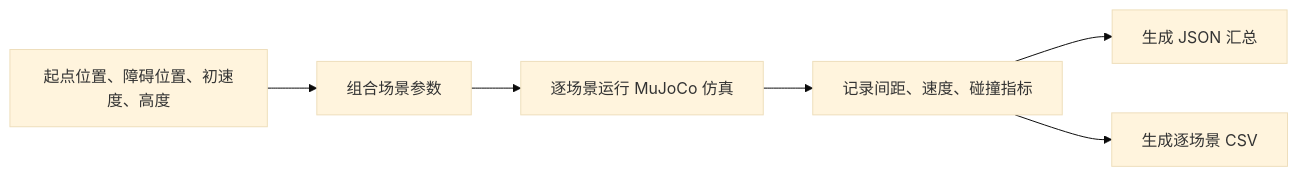
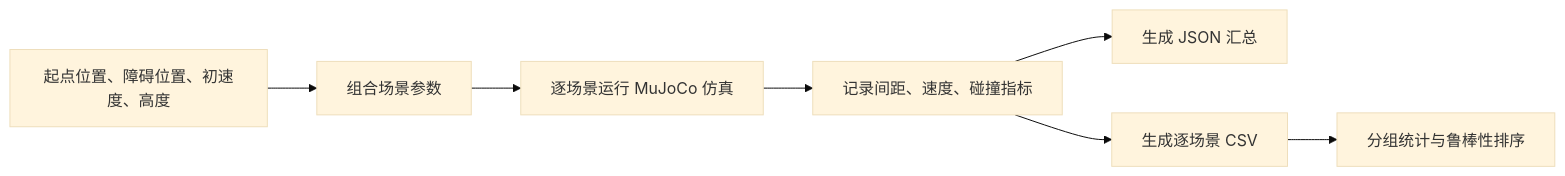
One commit to OpenHUTB/ros2 changed the diagram in docs/air/mujoco_uav_range_neural_braking.md. Above: the diagram before and after it, drawn with Mermaid (base theme). The commit also changed other lines of this file and 4 other files, not shown here.

````diff
--- a/docs/air/mujoco_uav_range_neural_braking.md
+++ b/docs/air/mujoco_uav_range_neural_braking.md
@@ -131,8 +141,9 @@
 ```mermaid
 flowchart LR
     A[起点位置、障碍位置、初速度、高度] --> B[组合场景参数]
     B --> C[逐场景运行 MuJoCo 仿真]
     C --> D[记录间距、速度、碰撞指标]
     D --> E[生成 JSON 汇总]
     D --> F[生成逐场景 CSV]
+    F --> G[分组统计与鲁棒性排序]
 ```
````
